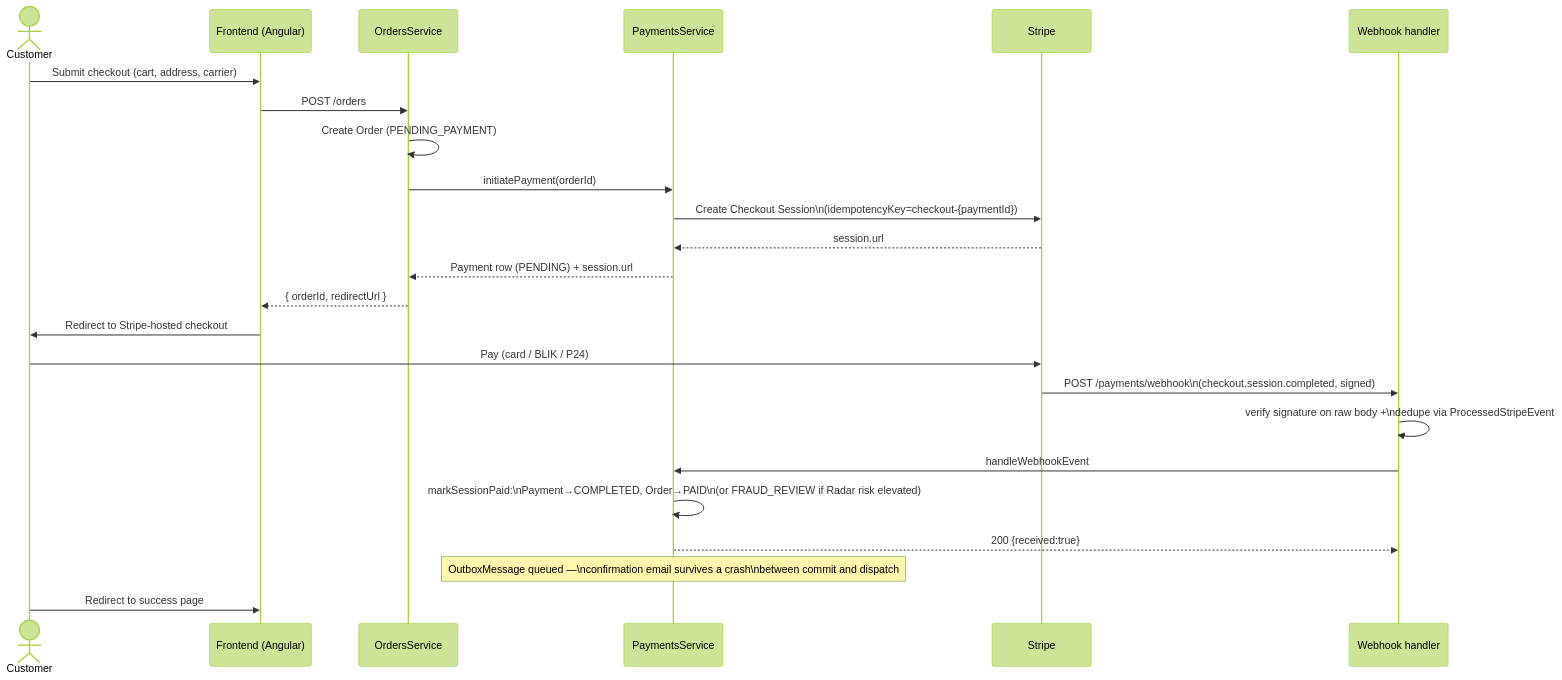
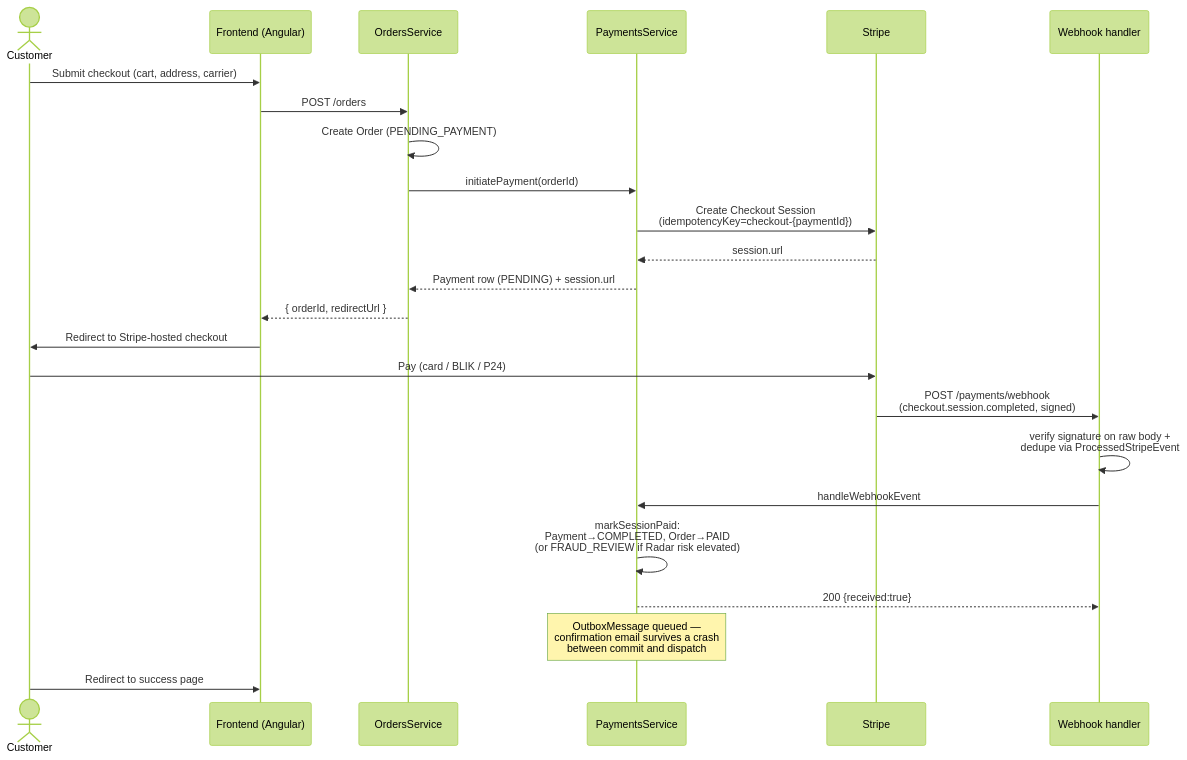
Before and after one commit to Stasiek99/e-commerce_ob_1: the fifth of 9 diagrams in docs/business-process-model.md, drawn with Mermaid (forest theme). The commit also changed other lines of this file and 17 other files, not shown here.

First line of the commit message:
fix(checkout): repair guest token corruption and add guest payment retry

````diff
--- a/docs/business-process-model.md
+++ b/docs/business-process-model.md
@@ -244,27 +244,27 @@
 ```mermaid
 sequenceDiagram
     actor C as Customer
     participant FE as Frontend (Angular)
     participant OS as OrdersService
     participant PS as PaymentsService
     participant Stripe
     participant WH as Webhook handler
 
     C->>FE: Submit checkout (cart, address, carrier)
     FE->>OS: POST /orders
     OS->>OS: Create Order (PENDING_PAYMENT)
     OS->>PS: initiatePayment(orderId)
-    PS->>Stripe: Create Checkout Session\n(idempotencyKey=checkout-{paymentId})
+    PS->>Stripe: Create Checkout Session<br/>(idempotencyKey=checkout-{paymentId})
     Stripe-->>PS: session.url
     PS-->>OS: Payment row (PENDING) + session.url
     OS-->>FE: { orderId, redirectUrl }
     FE->>C: Redirect to Stripe-hosted checkout
     C->>Stripe: Pay (card / BLIK / P24)
-    Stripe->>WH: POST /payments/webhook\n(checkout.session.completed, signed)
-    WH->>WH: verify signature on raw body +\ndedupe via ProcessedStripeEvent
+    Stripe->>WH: POST /payments/webhook<br/>(checkout.session.completed, signed)
+    WH->>WH: verify signature on raw body +<br/>dedupe via ProcessedStripeEvent
     WH->>PS: handleWebhookEvent
-    PS->>PS: markSessionPaid:\nPayment→COMPLETED, Order→PAID\n(or FRAUD_REVIEW if Radar risk elevated)
+    PS->>PS: markSessionPaid:<br/>Payment→COMPLETED, Order→PAID<br/>(or FRAUD_REVIEW if Radar risk elevated)
     PS-->>WH: 200 {received:true}
-    Note over PS: OutboxMessage queued —\nconfirmation email survives a crash\nbetween commit and dispatch
+    Note over PS: OutboxMessage queued —<br/>confirmation email survives a crash<br/>between commit and dispatch
     C->>FE: Redirect to success page
 ```
````
